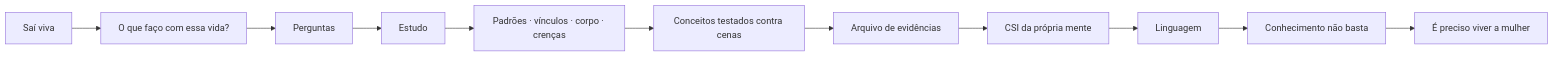
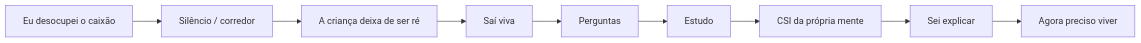
The second of 5 diagrams in 01_MORTE_EM_VIDA/MAPA_VISUAL_PARTE_IV_ATUAL.md (Sollimastudio/trilogia-sol-lima), drawn with Mermaid before and after one commit. The commit also changed other lines of this file, not shown here.

Commit message:
Atualiza mapa visual com a crianca e a mulher da Etapa 13

````diff
--- a/01_MORTE_EM_VIDA/MAPA_VISUAL_PARTE_IV_ATUAL.md
+++ b/01_MORTE_EM_VIDA/MAPA_VISUAL_PARTE_IV_ATUAL.md
@@ -18,13 +19,11 @@
 ```mermaid
 flowchart LR
-A[Saí viva] --> B[O que faço com essa vida?]
-B --> C[Perguntas]
-C --> D[Estudo]
-D --> E[Padrões · vínculos · corpo · crenças]
-E --> F[Conceitos testados contra cenas]
-F --> G[Arquivo de evidências]
-G --> H[CSI da própria mente]
-H --> I[Linguagem]
-I --> J[Conhecimento não basta]
-J --> K[É preciso viver a mulher]
+A[Eu desocupei o caixão] --> B[Silêncio / corredor]
+B --> C[A criança deixa de ser ré]
+C --> D[Saí viva]
+D --> E[Perguntas]
+E --> F[Estudo]
+F --> G[CSI da própria mente]
+G --> H[Sei explicar]
+H --> I[Agora preciso viver]
 ```
````
